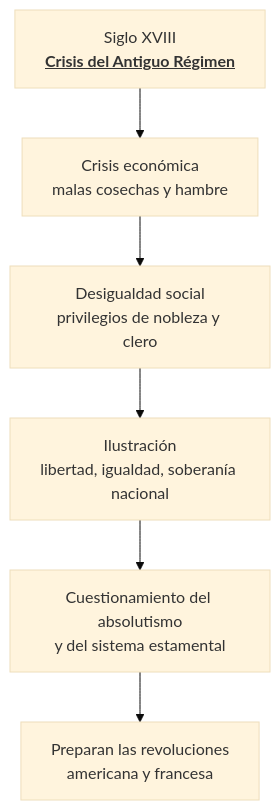
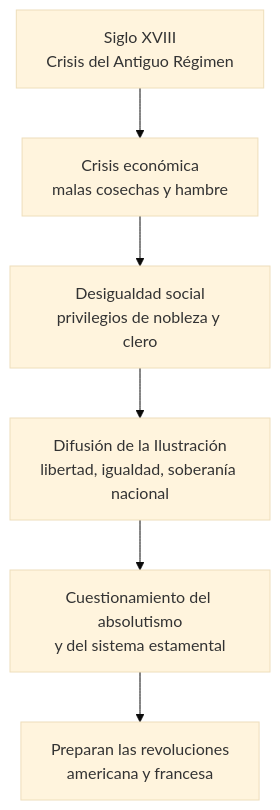
Before and after one commit to ajab138/OscarColegio: the second of 17 diagrams in Historia y Geografia/Tema2. Las revoluciones liberales.md, drawn with Mermaid (base theme). The commit also changed other lines of this file, not shown here.

````diff
--- a/Historia y Geografia/Tema2. Las revoluciones liberales.md
+++ b/Historia y Geografia/Tema2. Las revoluciones liberales.md
@@ -12,9 +14,8 @@
-```mermaid
+  ```mermaid
 graph TD
-  A[Siglo XVIII<br/><b><u>Crisis del Antiguo Régimen] --> B[Crisis económica<br/>malas cosechas y hambre]
+  A[Siglo XVIII<br/>Crisis del Antiguo Régimen] --> B[Crisis económica<br/>malas cosechas y hambre]
   B --> C[Desigualdad social<br/>privilegios de nobleza y clero]
-  C --> D[Ilustración<br/>libertad, igualdad, soberanía nacional]
+  C --> D[Difusión de la Ilustración<br/>libertad, igualdad, soberanía nacional]
   D --> E[Cuestionamiento del absolutismo<br/>y del sistema estamental]
   E --> F[Preparan las revoluciones<br/>americana y francesa]
-
 ```
````
